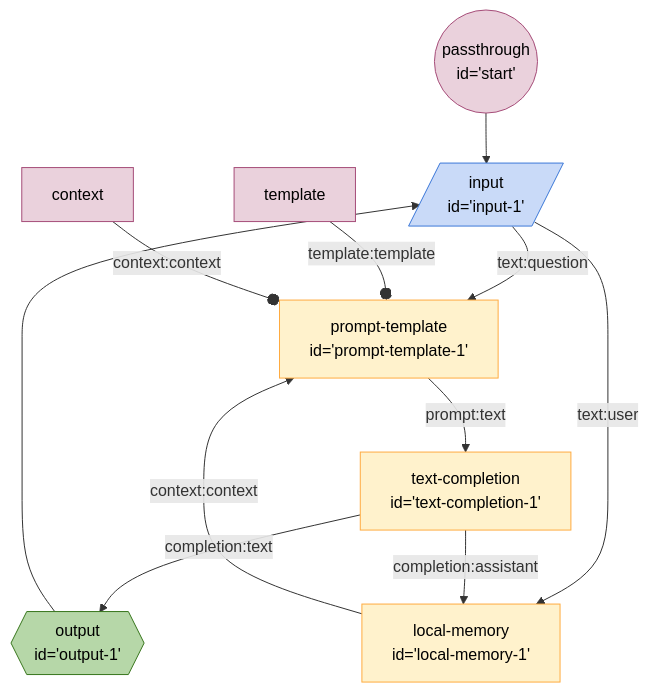
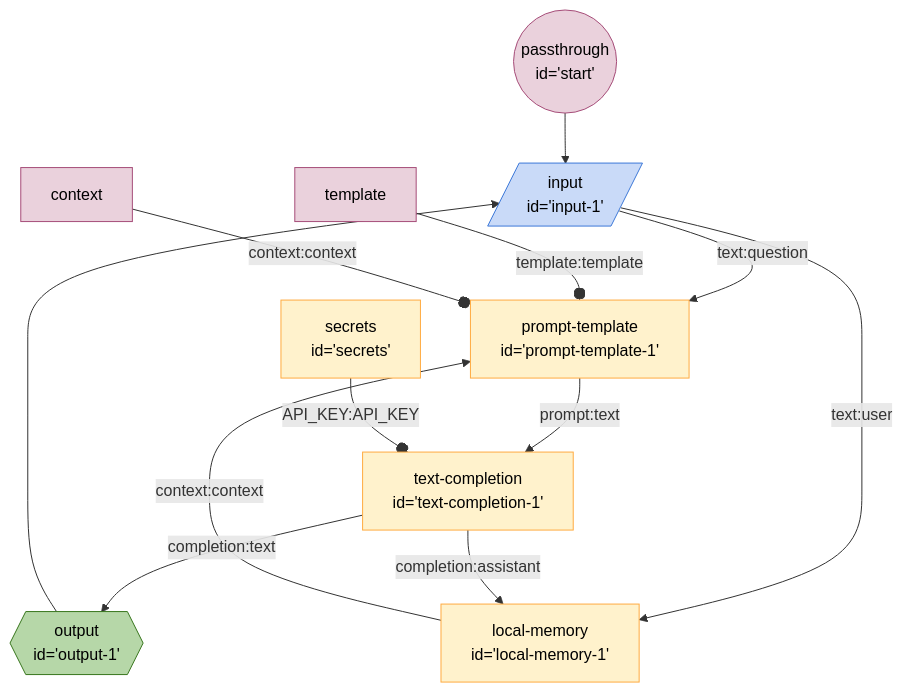
One commit to breadboard-ai/breadboard changed the diagram in seeds/graph-playground/docs/graphs/accumulating-context.md. Above: the diagram before and after it, drawn with Mermaid. The commit also changed 14 other files, not shown here.

Commit message:
[graphs] Update graph diagrams.

````diff
--- a/seeds/graph-playground/docs/graphs/accumulating-context.md
+++ b/seeds/graph-playground/docs/graphs/accumulating-context.md
@@ -4,37 +4,40 @@
 ```mermaid
 %%{init: 'themeVariables': { 'fontFamily': 'Fira Code, monospace' }}%%
 graph TD;
 start(("passthrough
 id='start'")):::passthrough --> input1[/"input
 id='input-1'"/]:::input
 input1[/"input
 id='input-1'"/]:::input -- text:question --> prompttemplate1["prompt-template
 id='prompt-template-1'"]
 prompttemplate1["prompt-template
 id='prompt-template-1'"] -- prompt:text --> textcompletion1["text-completion
+id='text-completion-1'"]
+secrets["secrets
+id='secrets'"] -- API_KEY:API_KEY --o textcompletion1["text-completion
 id='text-completion-1'"]
 textcompletion1["text-completion
 id='text-completion-1'"] -- completion:text --> output1{{"output
 id='output-1'"}}:::output
 input1[/"input
 id='input-1'"/]:::input -- text:user --> localmemory1["local-memory
 id='local-memory-1'"]
 textcompletion1["text-completion
 id='text-completion-1'"] -- completion:assistant --> localmemory1["local-memory
 id='local-memory-1'"]
 output1{{"output
 id='output-1'"}}:::output --> input1[/"input
 id='input-1'"/]:::input
 localmemory1["local-memory
 id='local-memory-1'"] -- context:context --> prompttemplate1["prompt-template
 id='prompt-template-1'"]
 templateprompttemplate1[template]:::config -- template:template --o prompttemplate1
 contextprompttemplate1[context]:::config -- context:context --o prompttemplate1
 classDef default stroke:#ffab40,fill:#fff2ccff,color:#000
 classDef input stroke:#3c78d8,fill:#c9daf8ff,color:#000
 classDef output stroke:#38761d,fill:#b6d7a8ff,color:#000
 classDef passthrough stroke:#a64d79,fill:#ead1dcff,color:#000
 classDef slot stroke:#a64d79,fill:#ead1dcff,color:#000
 classDef config stroke:#a64d79,fill:#ead1dcff,color:#000
 classDef slotted stroke:#a64d79
 ```
````
